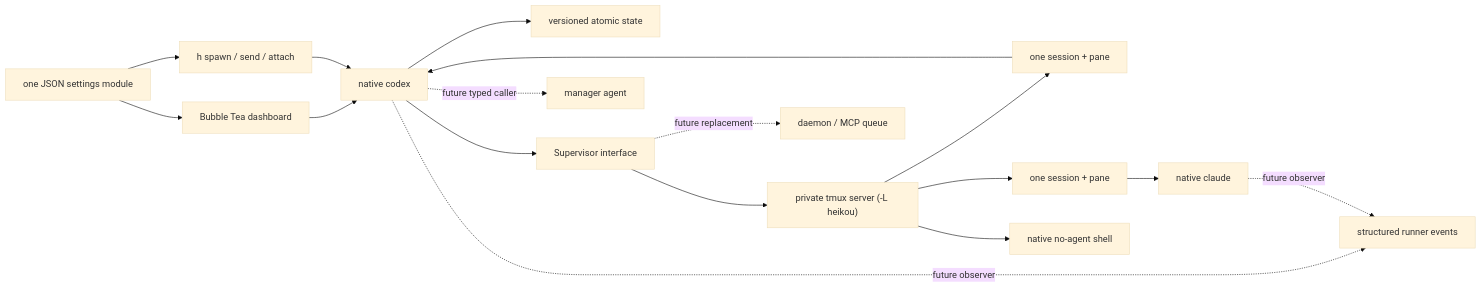
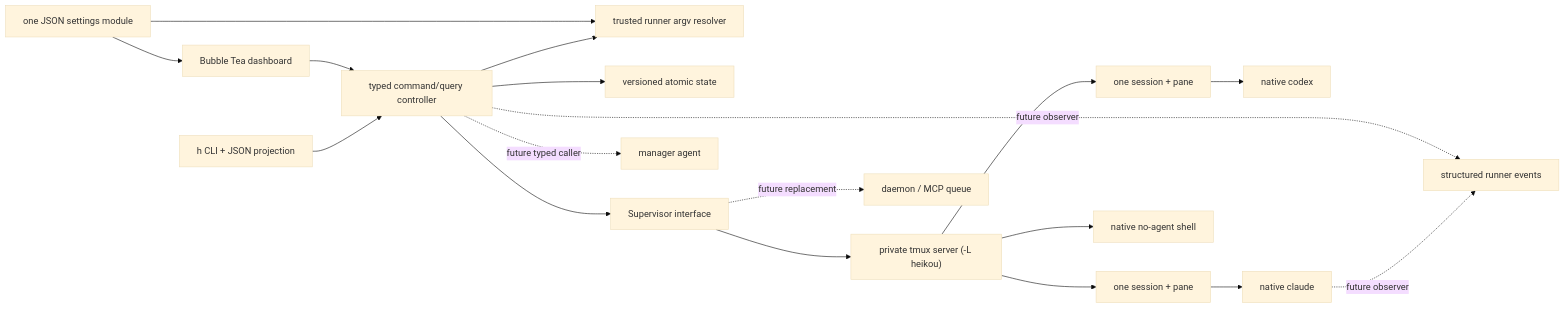
The diagram in docs/DESIGN.md (zamborg/heikou), drawn with Mermaid (base theme) before and after one commit. The commit also changed other lines of this file and 30 other files, not shown here.

````diff
--- a/docs/DESIGN.md
+++ b/docs/DESIGN.md
@@ -74,19 +74,20 @@
 ```mermaid
 flowchart LR
-    UI["Bubble Tea dashboard"] --> C["workstream controller"]
-    CLI["h spawn / send / attach"] --> C
+    UI["Bubble Tea dashboard"] --> C["typed command/query controller"]
+    CLI["h CLI + JSON projection"] --> C
     CFG["one JSON settings module"] --> UI
-    CFG --> CLI
+    CFG --> R["trusted runner argv resolver"]
+    C --> R
     C --> DS["versioned atomic state"]
     C --> S["Supervisor interface"]
     S --> T["private tmux server (-L heikou)"]
     T --> P1["one session + pane"]
     T --> P2["one session + pane"]
-    P1 --> C["native codex"]
+    P1 --> CX["native codex"]
     P2 --> A["native claude"]
     T --> SH["native no-agent shell"]
     C -. "future typed caller" .-> M["manager agent"]
     S -. "future replacement" .-> D["daemon / MCP queue"]
     C -. "future observer" .-> O["structured runner events"]
     A -. "future observer" .-> O
 ```
````
